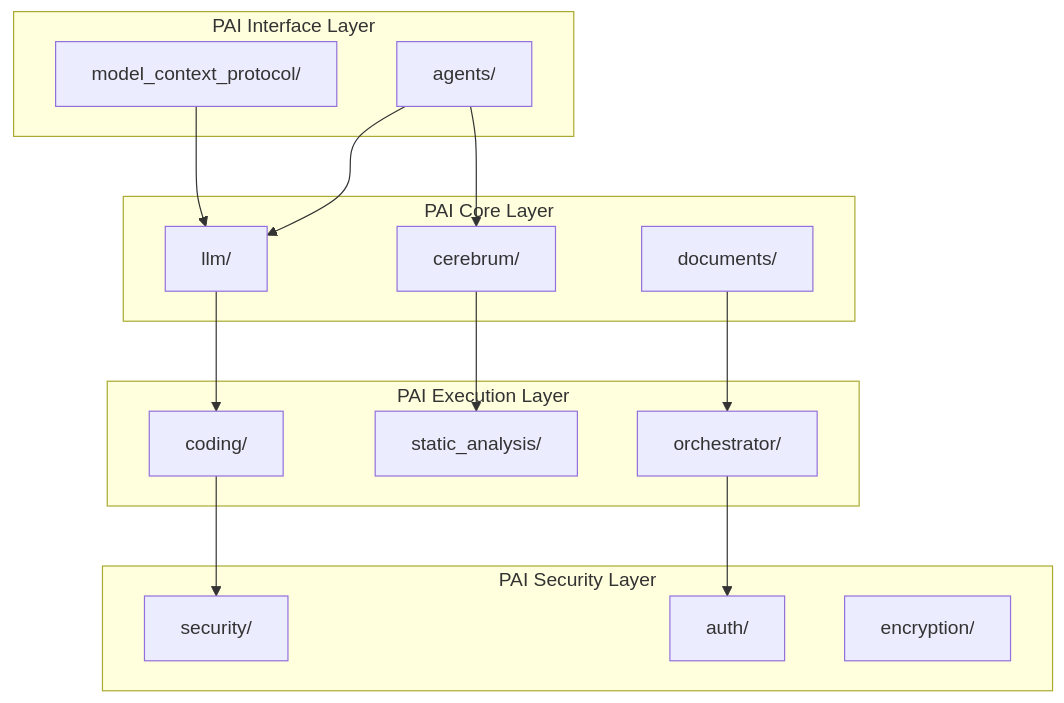
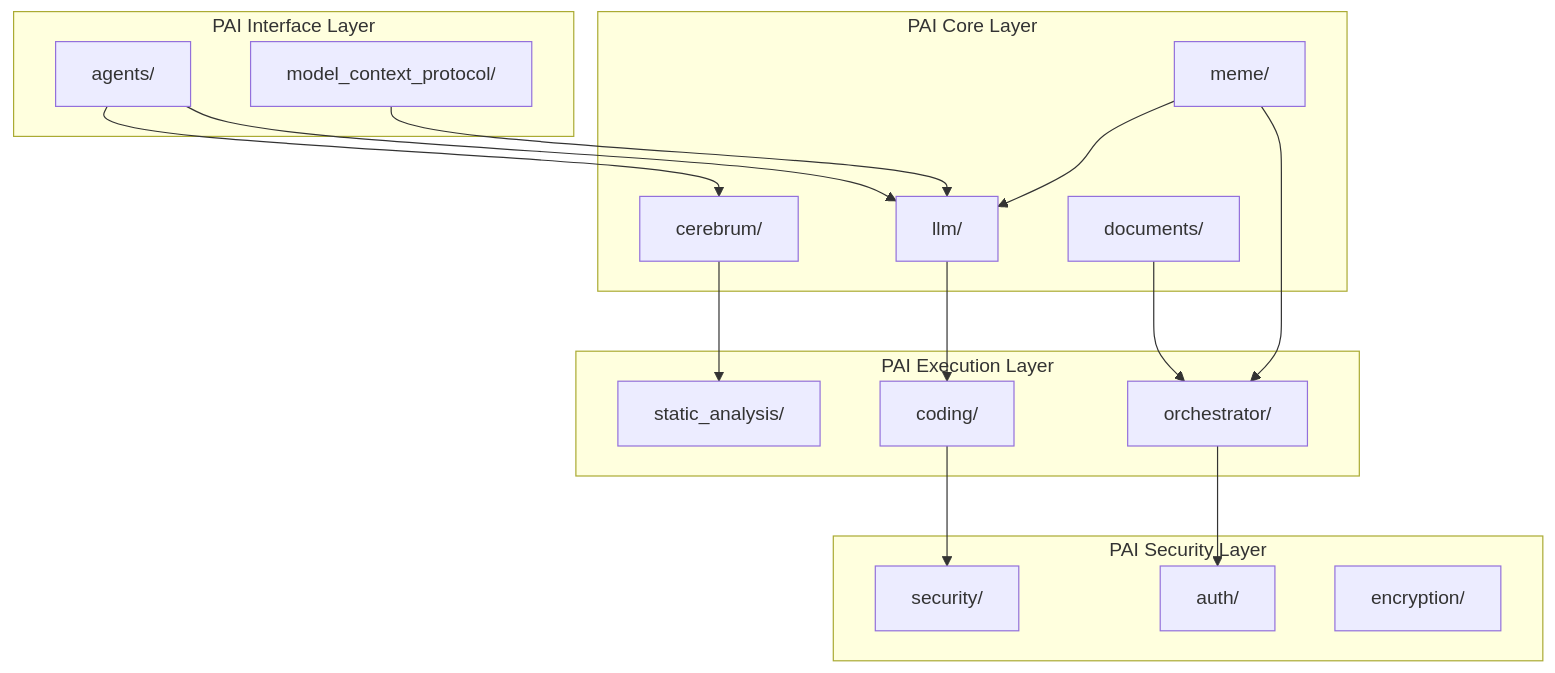
The first of 2 diagrams in src/codomyrmex/PAI.md (docxology/codomyrmex), drawn with Mermaid before and after one commit. The commit also changed other lines of this file and 259 other files, not shown here.

````diff
--- a/src/codomyrmex/PAI.md
+++ b/src/codomyrmex/PAI.md
@@ -74,34 +82,37 @@
 ```mermaid
 graph TB
     subgraph paiInterface ["PAI Interface Layer"]
         Agents["agents/"]
         MCP["model_context_protocol/"]
     end
 
     subgraph paiCore ["PAI Core Layer"]
         LLM["llm/"]
         Cerebrum["cerebrum/"]
         Documents["documents/"]
+        Meme["meme/"]
     end
 
     subgraph paiExecution ["PAI Execution Layer"]
         Coding["coding/"]
         Static["static_analysis/"]
         Orchestrator["orchestrator/"]
     end
 
     subgraph paiSecurity ["PAI Security Layer"]
         Security["security/"]
         Auth["auth/"]
         Encryption["encryption/"]
     end
 
     Agents --> LLM
     Agents --> Cerebrum
     MCP --> LLM
     LLM --> Coding
     Cerebrum --> Static
     Documents --> Orchestrator
+    Meme --> Orchestrator
+    Meme --> LLM
     Coding --> Security
     Orchestrator --> Auth
 ```
````
